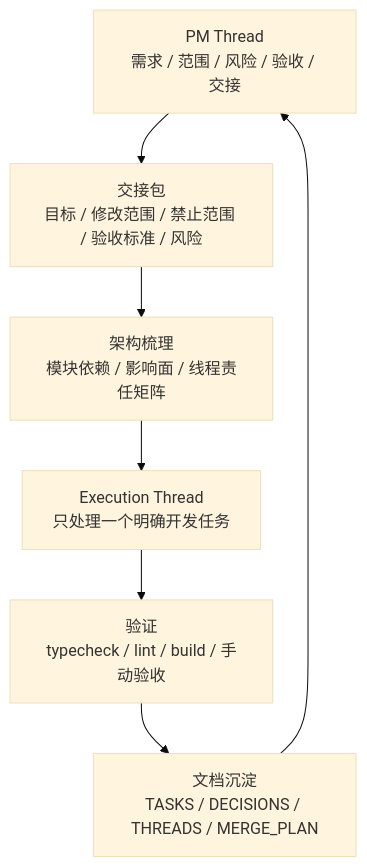
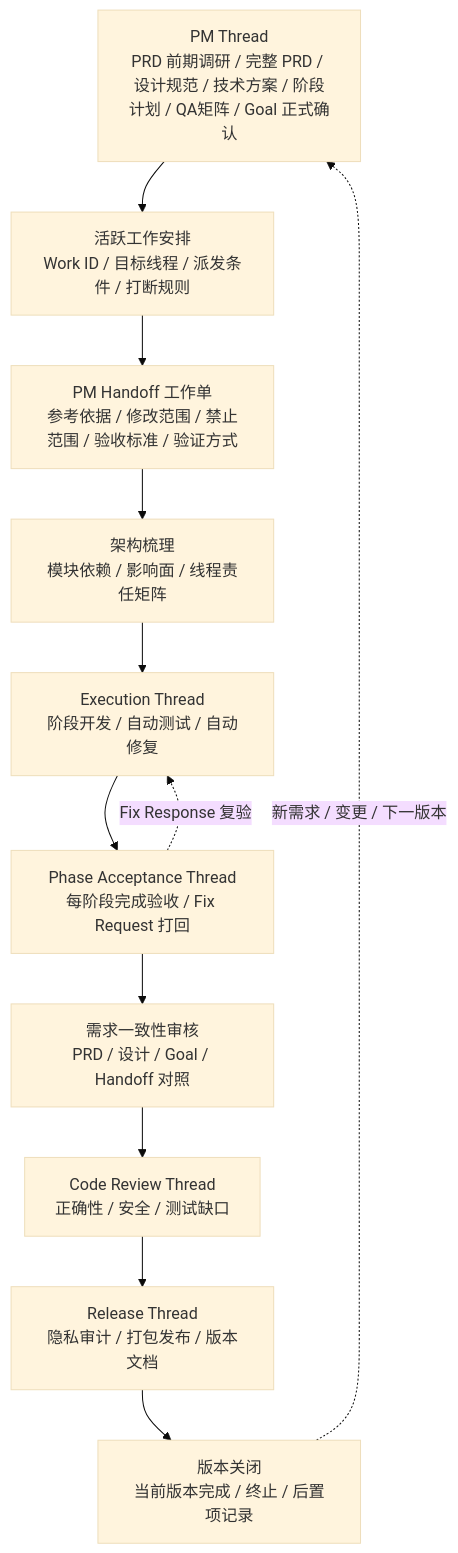
Before and after one commit to btcys/chengying-codex-skill-pack: the second of 3 diagrams in README.md, drawn with Mermaid (base theme). The commit also changed other lines of this file and 45 other files, not shown here.

````diff
--- a/README.md
+++ b/README.md
@@ -50,9 +95,14 @@
 ```mermaid
 flowchart TB
-  PM[PM Thread<br/>需求 / 范围 / 风险 / 验收 / 交接] --> Handoff[交接包<br/>目标 / 修改范围 / 禁止范围 / 验收标准 / 风险]
+  PM[PM Thread<br/>PRD 前期调研 / 完整 PRD / 设计规范 / 技术方案 / 阶段计划 / QA矩阵 / Goal 正式确认] --> Work[活跃工作安排<br/>Work ID / 目标线程 / 派发条件 / 打断规则]
+  Work --> Handoff[PM Handoff 工作单<br/>参考依据 / 修改范围 / 禁止范围 / 验收标准 / 验证方式]
   Handoff --> Arch[架构梳理<br/>模块依赖 / 影响面 / 线程责任矩阵]
-  Arch --> Exec[Execution Thread<br/>只处理一个明确开发任务]
-  Exec --> Verify[验证<br/>typecheck / lint / build / 手动验收]
-  Verify --> Docs[文档沉淀<br/>TASKS / DECISIONS / THREADS / MERGE_PLAN]
-  Docs --> PM
+  Arch --> Exec[Execution Thread<br/>阶段开发 / 自动测试 / 自动修复]
+  Exec --> PhaseAccept[Phase Acceptance Thread<br/>每阶段完成验收 / Fix Request 打回]
+  PhaseAccept -. Fix Response 复验 .-> Exec
+  PhaseAccept --> Accept[需求一致性审核<br/>PRD / 设计 / Goal / Handoff 对照]
+  Accept --> Review[Code Review Thread<br/>正确性 / 安全 / 测试缺口]
+  Review --> Release[Release Thread<br/>隐私审计 / 打包发布 / 版本文档]
+  Release --> Close[版本关闭<br/>当前版本完成 / 终止 / 后置项记录]
+  Close -. 新需求 / 变更 / 下一版本 .-> PM
 ```
````
